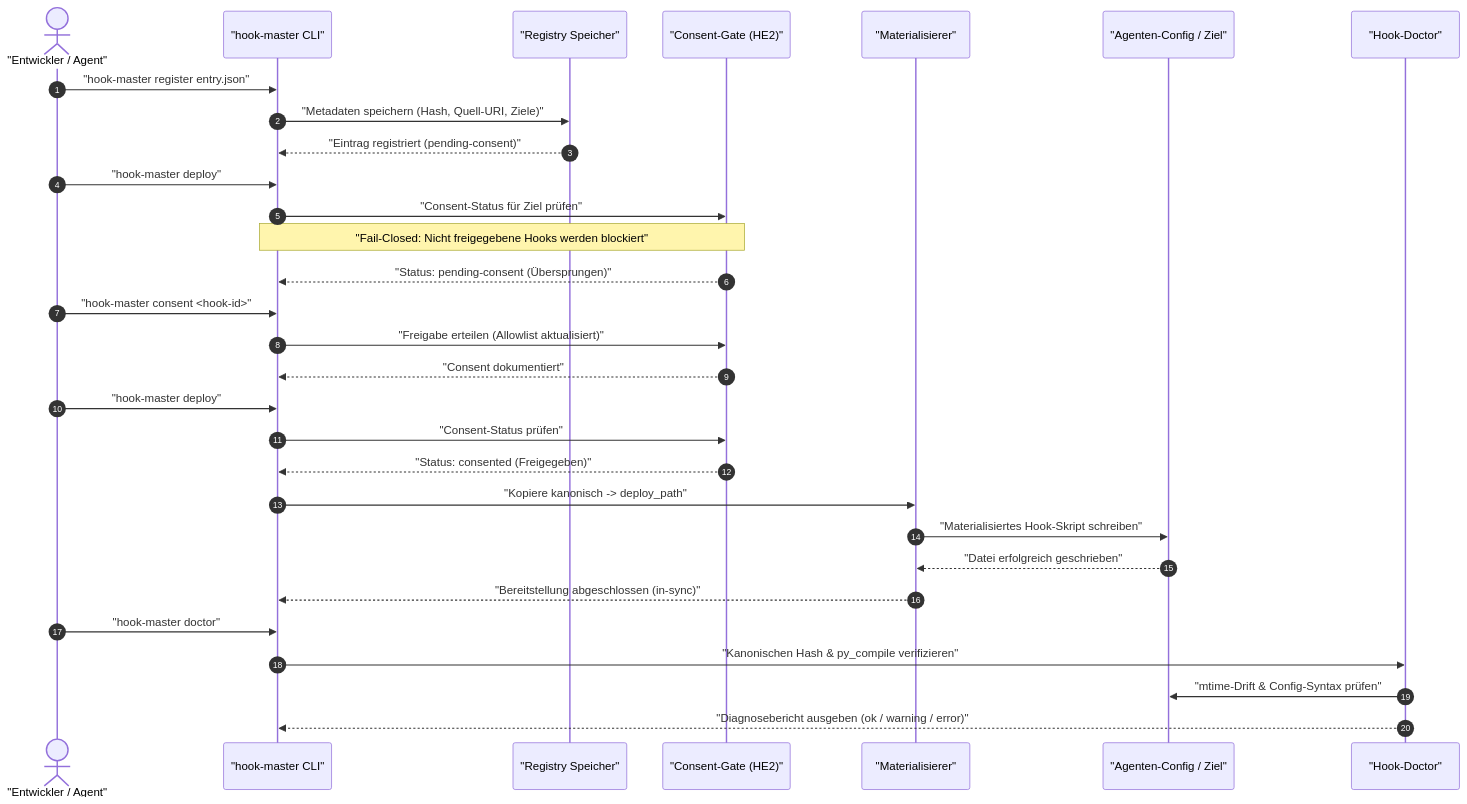
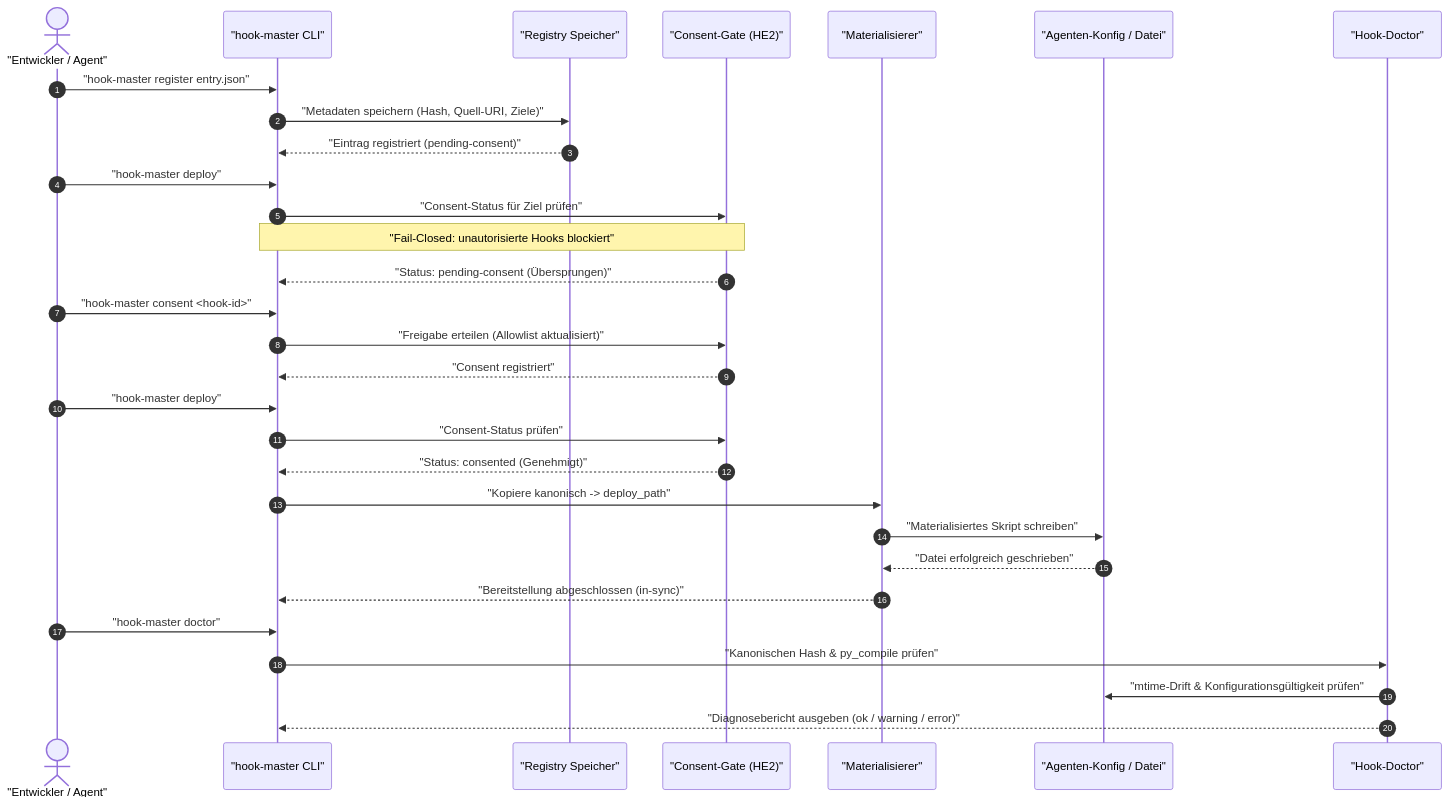
The second of 2 diagrams in README_de.md (ellmos-ai/hook-master), drawn with Mermaid before and after one commit. The commit also changed other lines of this file and 7 other files, not shown here.

````diff
--- a/README_de.md
+++ b/README_de.md
@@ -93,37 +170,37 @@
 ```mermaid
 sequenceDiagram
     autonumber
     actor Dev as "Entwickler / Agent"
     participant CLI as "hook-master CLI"
     participant Reg as "Registry Speicher"
     participant Gate as "Consent-Gate (HE2)"
     participant Mat as "Materialisierer"
-    participant Target as "Agenten-Config / Ziel"
+    participant Target as "Agenten-Konfig / Datei"
     participant Doc as "Hook-Doctor"
 
     Dev->>CLI: "hook-master register entry.json"
     CLI->>Reg: "Metadaten speichern (Hash, Quell-URI, Ziele)"
     Reg-->>CLI: "Eintrag registriert (pending-consent)"
 
     Dev->>CLI: "hook-master deploy"
     CLI->>Gate: "Consent-Status für Ziel prüfen"
-    Note over Gate,CLI: "Fail-Closed: Nicht freigegebene Hooks werden blockiert"
+    Note over Gate,CLI: "Fail-Closed: unautorisierte Hooks blockiert"
     Gate-->>CLI: "Status: pending-consent (Übersprungen)"
 
     Dev->>CLI: "hook-master consent <hook-id>"
     CLI->>Gate: "Freigabe erteilen (Allowlist aktualisiert)"
-    Gate-->>CLI: "Consent dokumentiert"
+    Gate-->>CLI: "Consent registriert"
 
     Dev->>CLI: "hook-master deploy"
     CLI->>Gate: "Consent-Status prüfen"
-    Gate-->>CLI: "Status: consented (Freigegeben)"
+    Gate-->>CLI: "Status: consented (Genehmigt)"
     CLI->>Mat: "Kopiere kanonisch -> deploy_path"
-    Mat->>Target: "Materialisiertes Hook-Skript schreiben"
+    Mat->>Target: "Materialisiertes Skript schreiben"
     Target-->>Mat: "Datei erfolgreich geschrieben"
     Mat-->>CLI: "Bereitstellung abgeschlossen (in-sync)"
 
     Dev->>CLI: "hook-master doctor"
-    CLI->>Doc: "Kanonischen Hash & py_compile verifizieren"
-    Doc->>Target: "mtime-Drift & Config-Syntax prüfen"
+    CLI->>Doc: "Kanonischen Hash & py_compile prüfen"
+    Doc->>Target: "mtime-Drift & Konfigurationsgültigkeit prüfen"
     Doc-->>CLI: "Diagnosebericht ausgeben (ok / warning / error)"
 ```
````
